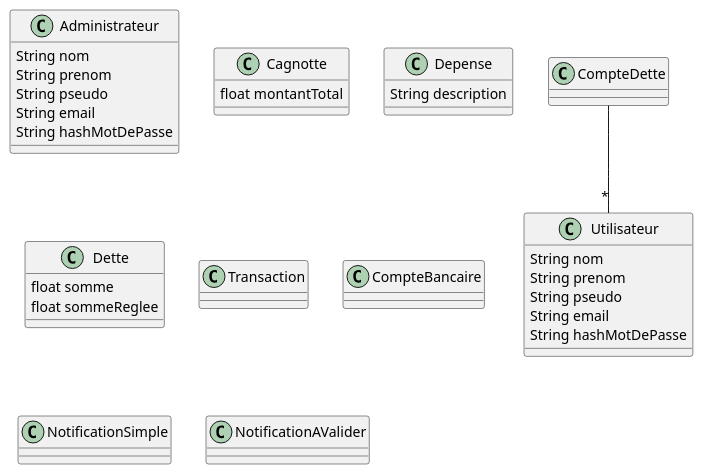
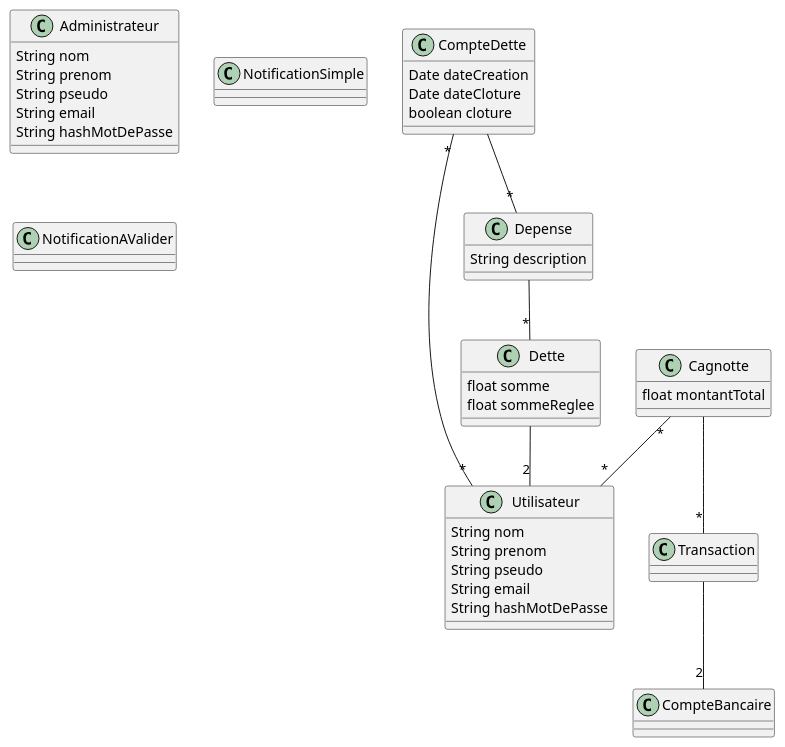
Before and after one commit to lmtb06/sharecount: the diagram in diagrammes/specification/description-donnees/classes.puml, drawn with PlantUML.

Commit message:
-Modification diagramme de classe

```diff
--- a/diagrammes/specification/description-donnees/classes.puml
+++ b/diagrammes/specification/description-donnees/classes.puml
@@ -1,53 +1,62 @@
 @startuml
 	class Utilisateur {
 		String nom
 		String prenom
 		String pseudo
 		String email
 		String hashMotDePasse
 	}
 
 	class Administrateur {
 		String nom
 		String prenom
 		String pseudo
 		String email
 		String hashMotDePasse
 	}
 
 	class Cagnotte {
 		float montantTotal
 	}
 
+	Cagnotte "*"--"*" Utilisateur
+	Cagnotte --"*" Transaction
+
 	class CompteDette {
-		
+		Date dateCreation
+		Date dateCloture
+		boolean cloture
 	}
-	CompteDette --"*" Utilisateur
+	CompteDette "*"--"*" Utilisateur
+	CompteDette --"*" Depense
 
 	class Depense {
 		String description
 	}
+	Depense --"*" Dette
 
 	class Dette {
 		float somme
 		float sommeReglee
 	}
+	Dette --"2" Utilisateur
 
 	class Transaction {
 
+	}
 
-	}
+	Transaction --"2" CompteBancaire
 
 	class CompteBancaire {
 
 	}
 
 	class NotificationSimple {
 
 	}
 
 	class NotificationAValider {
 
 	}
 
 @enduml
```
